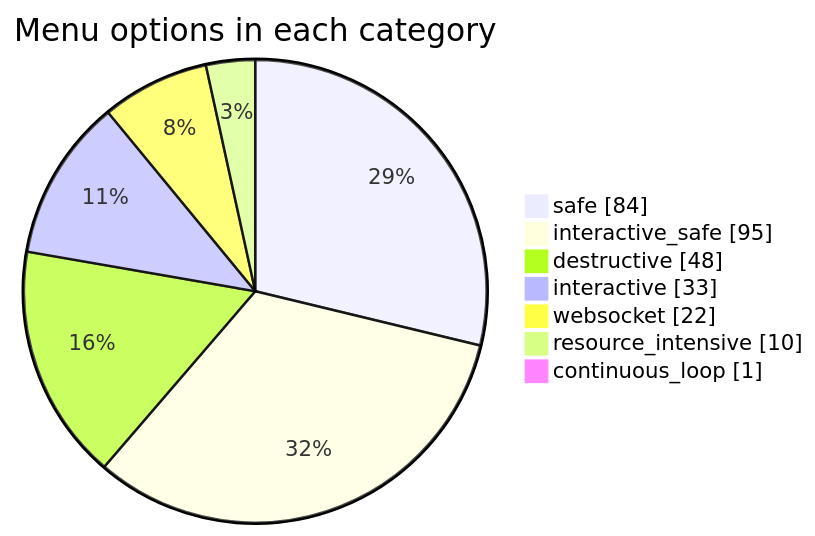
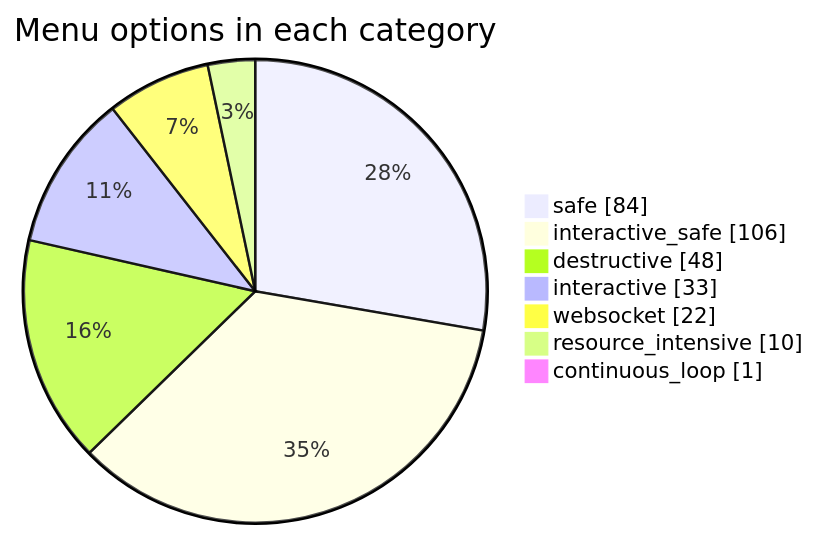
Before and after one commit to jmorrison-juniper/MistHelper: the third of 3 diagrams in documentation/menu-api/README.md, drawn with Mermaid. The commit also changed other lines of this file and 92 other files, not shown here.

````diff
--- a/documentation/menu-api/README.md
+++ b/documentation/menu-api/README.md
@@ -61,11 +61,11 @@
 ```mermaid
 pie showData
     title Menu options in each category
     "safe" : 84
-    "interactive_safe" : 95
+    "interactive_safe" : 106
     "destructive" : 48
     "interactive" : 33
     "websocket" : 22
     "resource_intensive" : 10
     "continuous_loop" : 1
 ```
````
